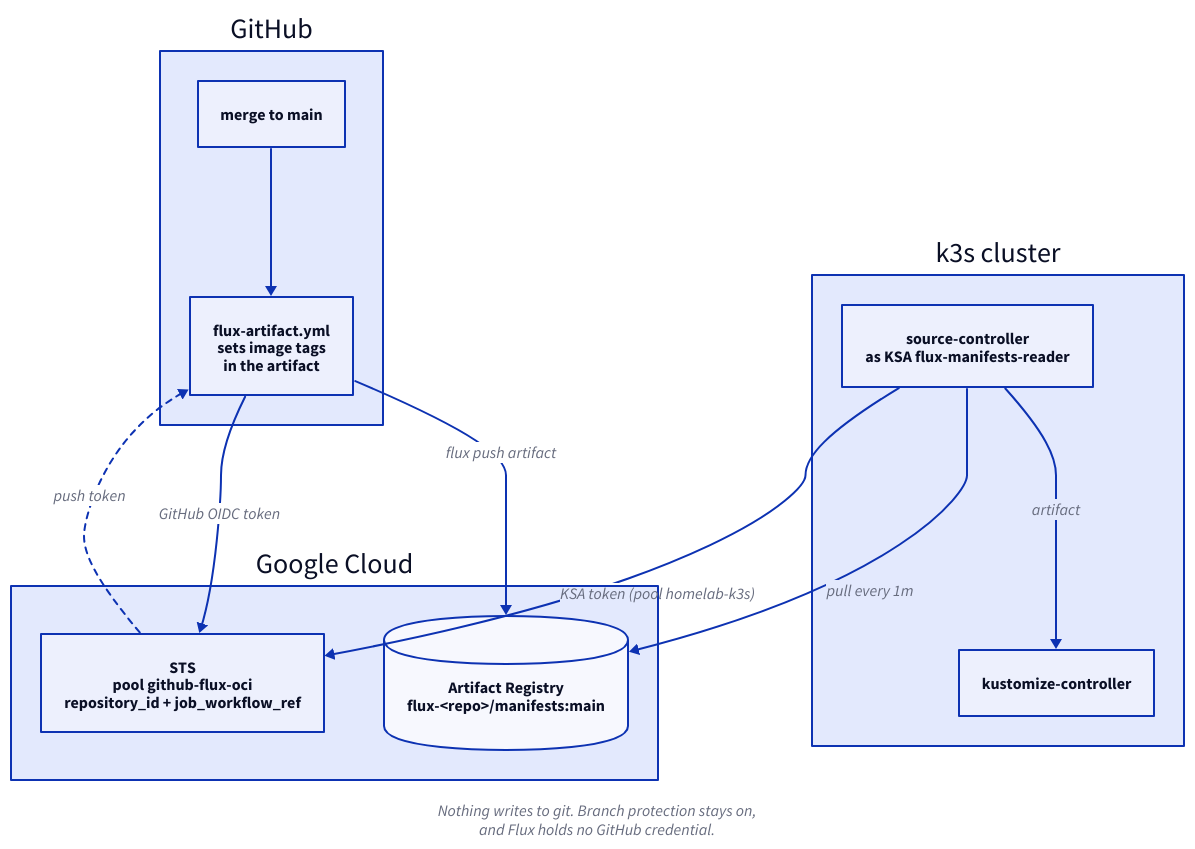
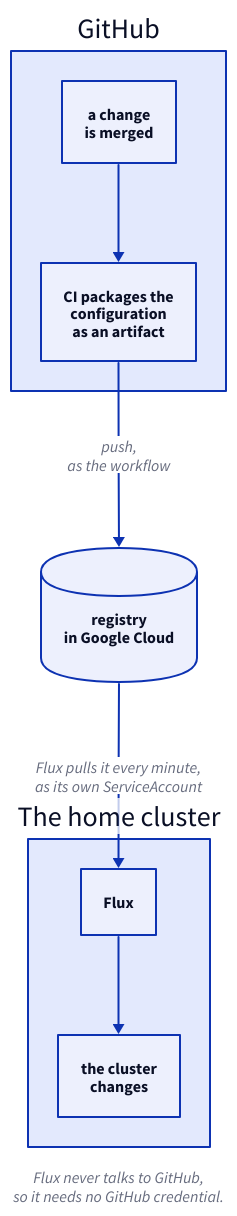
The diagram in src/diagrams/secret-free-flux-oci.d2 (dlouwers/dlouwers.github.io), drawn with D2 before and after one commit. The commit also changed 8 other files, not shown here.

```diff
--- a/src/diagrams/secret-free-flux-oci.d2
+++ b/src/diagrams/secret-free-flux-oci.d2
@@ -1,34 +1,26 @@
 direction: down
 
 gh: "GitHub" {
-  merge: "merge to main"
-  wf: "flux-artifact.yml\nsets image tags\nin the artifact"
-  merge -> wf
+  merge: "a change\nis merged"
+  ci: "CI packages the\nconfiguration\nas an artifact"
+  merge -> ci
 }
 
-google: "Google Cloud" {
-  sts: "STS\npool github-flux-oci\nrepository_id + job_workflow_ref"
-  gar: "Artifact Registry\nflux-<repo>/manifests:main" {
-    shape: cylinder
-  }
+reg: "registry\nin Google Cloud" {
+  shape: cylinder
 }
 
-cluster: "k3s cluster" {
-  sc: "source-controller\nas KSA flux-manifests-reader"
-  kc: "kustomize-controller"
-  sc -> kc: "artifact"
+home: "The home cluster" {
+  flux: "Flux"
+  apply: "the cluster\nchanges"
+  flux -> apply
 }
 
-gh.wf -> google.sts: "GitHub OIDC token"
-google.sts -> gh.wf: "push token" {
-  style.stroke-dash: 3
-}
-gh.wf -> google.gar: "flux push artifact"
-cluster.sc -> google.sts: "KSA token (pool homelab-k3s)"
-cluster.sc -> google.gar: "pull every 1m"
+gh.ci -> reg: "push,\nas the workflow"
+reg -> home.flux: "Flux pulls it every minute,\nas its own ServiceAccount"
 
-note: "Nothing writes to git. Branch protection stays on,\nand Flux holds no GitHub credential." {
+note: "Flux never talks to GitHub,\nso it needs no GitHub credential." {
   shape: text
   near: bottom-center
   style.italic: true
 }
```
